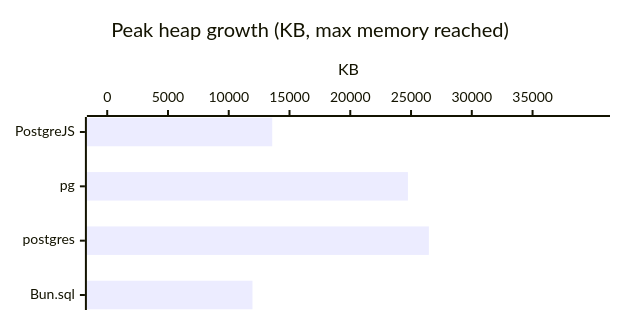
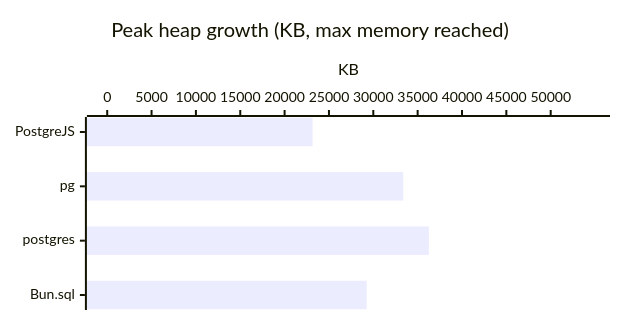
One commit to panates/postgrejs changed the ninth of 47 diagrams in doc/BENCHMARKS-bun.md. Above: the diagram before and after it, drawn with Mermaid. The commit also changed other lines of this file and 1 other file, not shown here.

````diff
--- a/doc/BENCHMARKS-bun.md
+++ b/doc/BENCHMARKS-bun.md
@@ -234,8 +249,8 @@
 ```mermaid
 %%{init: {'xyChart': {'width': 600, 'height': 300, 'chartOrientation': 'horizontal'}}}%%
 xychart-beta
     title "Peak heap growth (KB, max memory reached)"
     x-axis ["PostgreJS", "pg", "postgres", "Bun.sql"]
-    y-axis "KB" 0.0000 --> 39700.9658
-    bar [13576.8340, 24741.8311, 26467.3105, 11954.2227]
+    y-axis "KB" 0.0000 --> 54397.2524
+    bar [23150.3662, 33375.4580, 36264.8350, 29253.3945]
 ```
````
